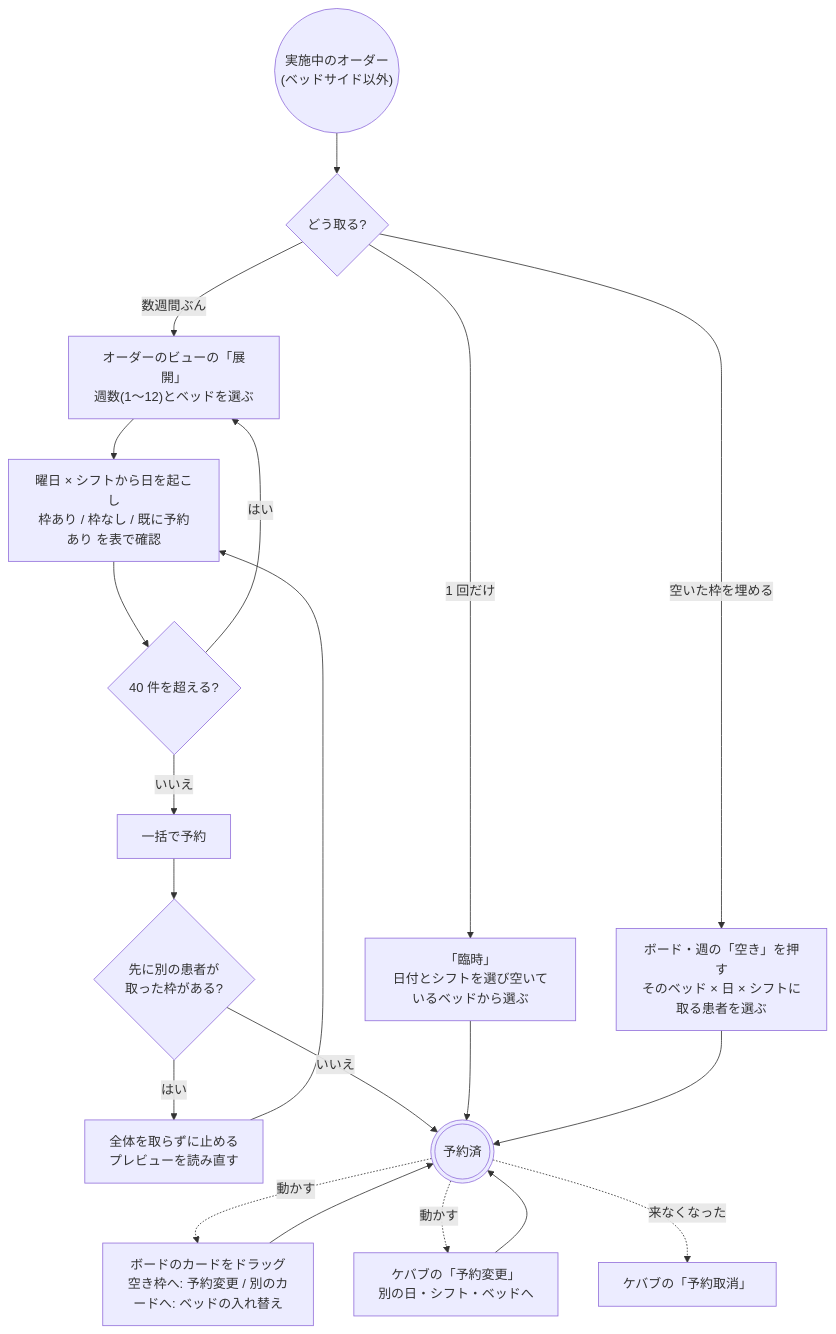
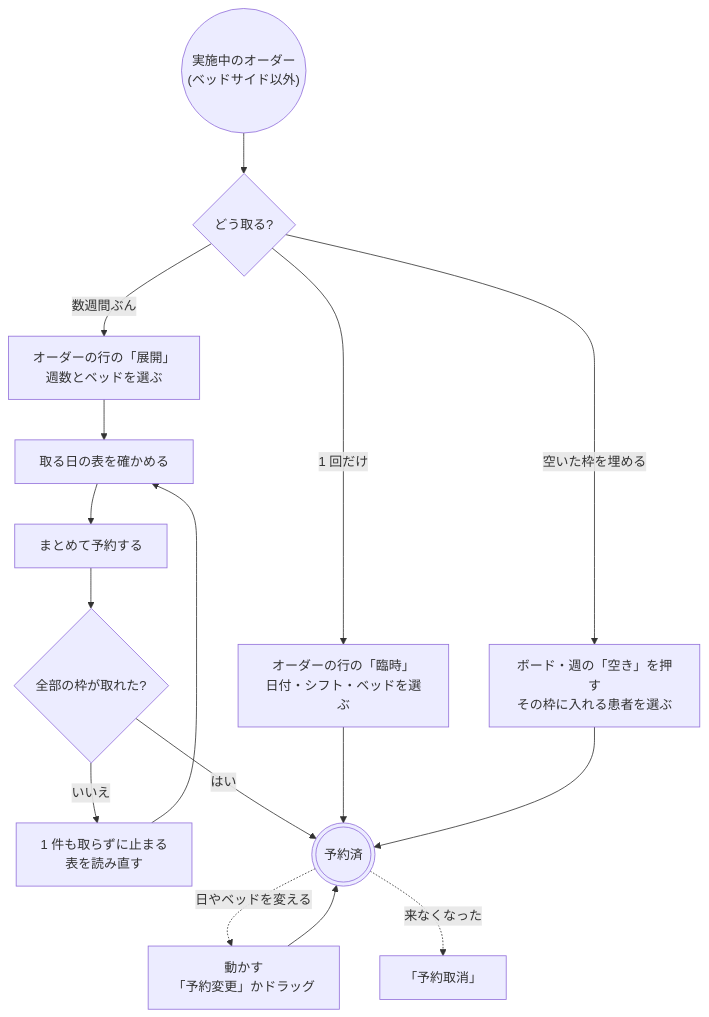
Before and after one commit to ysnr-dev/fhir-client-docs: the third of 5 diagrams in docs/flows/dialysis.md, drawn with Mermaid. The commit also changed other lines of this file and 43 other files, not shown here.

Commit message:
docs: 業務フローとシーケンス図を写し直し

````diff
--- a/docs/flows/dialysis.md
+++ b/docs/flows/dialysis.md
@@ -150,29 +177,24 @@
 ```mermaid
 flowchart TD
   accepted(("実施中のオーダー<br/>(ベッドサイド以外)"))
   how{"どう取る?"}
-  expand["オーダーのビューの「展開」<br/>週数(1〜12)とベッドを選ぶ"]
-  preview["曜日 × シフトから日を起こし<br/>枠あり / 枠なし / 既に予約あり を表で確認"]
-  over{"40 件を超える?"}
-  send["一括で予約"]
-  taken{"先に別の患者が<br/>取った枠がある?"}
-  conflict["全体を取らずに止める<br/>プレビューを読み直す"]
-  spot["「臨時」<br/>日付とシフトを選び空いているベッドから選ぶ"]
-  cell["ボード・週の「空き」を押す<br/>そのベッド × 日 × シフトに取る患者を選ぶ"]
-  drag["ボードのカードをドラッグ<br/>空き枠へ: 予約変更 / 別のカードへ: ベッドの入れ替え"]
-  reschedule["ケバブの「予約変更」<br/>別の日・シフト・ベッドへ"]
-  cancel["ケバブの「予約取消」"]
+  expand["オーダーの行の「展開」<br/>週数とベッドを選ぶ"]
+  preview["取る日の表を確かめる"]
+  send["まとめて予約する"]
+  taken{"全部の枠が取れた?"}
+  conflict["1 件も取らずに止まる<br/>表を読み直す"]
+  spot["オーダーの行の「臨時」<br/>日付・シフト・ベッドを選ぶ"]
+  cell["ボード・週の「空き」を押す<br/>その枠に入れる患者を選ぶ"]
   booked((("予約済")))
+  move["動かす<br/>「予約変更」かドラッグ"]
+  cancel["「予約取消」"]
 
   accepted --> how
-  how -- "数週間ぶん" --> expand --> preview --> over
-  over -- "はい" --> expand
-  over -- "いいえ" --> send --> taken
-  taken -- "はい" --> conflict --> preview
-  taken -- "いいえ" --> booked
+  how -- "数週間ぶん" --> expand --> preview --> send --> taken
+  taken -- "いいえ" --> conflict --> preview
+  taken -- "はい" --> booked
   how -- "1 回だけ" --> spot --> booked
   how -- "空いた枠を埋める" --> cell --> booked
-  booked -. "動かす" .-> drag --> booked
-  booked -. "動かす" .-> reschedule --> booked
+  booked -. "日やベッドを変える" .-> move --> booked
   booked -. "来なくなった" .-> cancel
 ```
````
